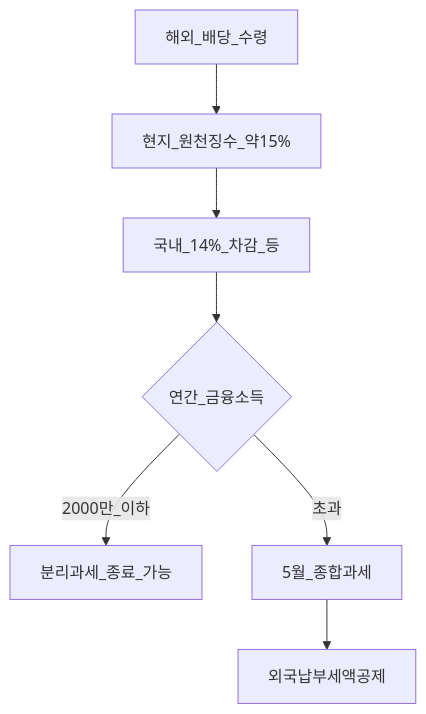
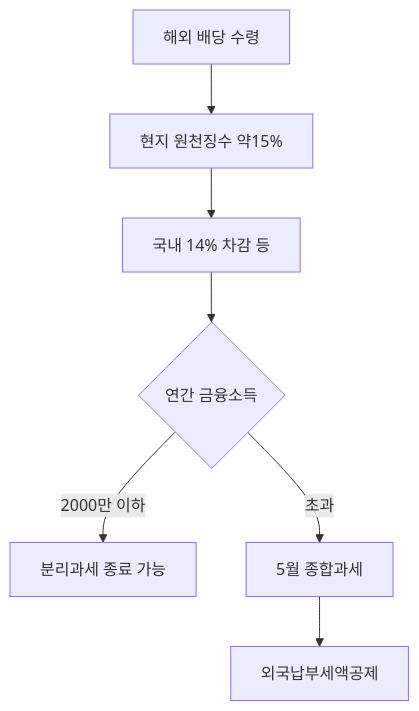
One commit to goldanghenry/Finances changed the first of 2 diagrams in 06-korea-policy/tax/overseas-stocks-tax-part2-dividend.md. Above: the diagram before and after it, drawn with Mermaid. The commit also changed other lines of this file and 211 other files, not shown here.

````diff
--- a/06-korea-policy/tax/overseas-stocks-tax-part2-dividend.md
+++ b/06-korea-policy/tax/overseas-stocks-tax-part2-dividend.md
@@ -81,9 +92,9 @@
 ```mermaid
 flowchart TD
-  Div[해외_배당_수령] --> WH[현지_원천징수_약15%]
-  WH --> KR[국내_14%_차감_등]
-  KR --> Sum{연간_금융소득}
-  Sum -->|2000만_이하| End[분리과세_종료_가능]
-  Sum -->|초과| May[5월_종합과세]
+  Div["해외 배당 수령"] --> WH["현지 원천징수 약15%"]
+  WH --> KR["국내 14% 차감 등"]
+  KR --> Sum{"연간 금융소득"}
+  Sum -->|"2000만 이하"| End["분리과세 종료 가능"]
+  Sum -->|초과| May["5월 종합과세"]
   May --> FTC[외국납부세액공제]
 ```
````
